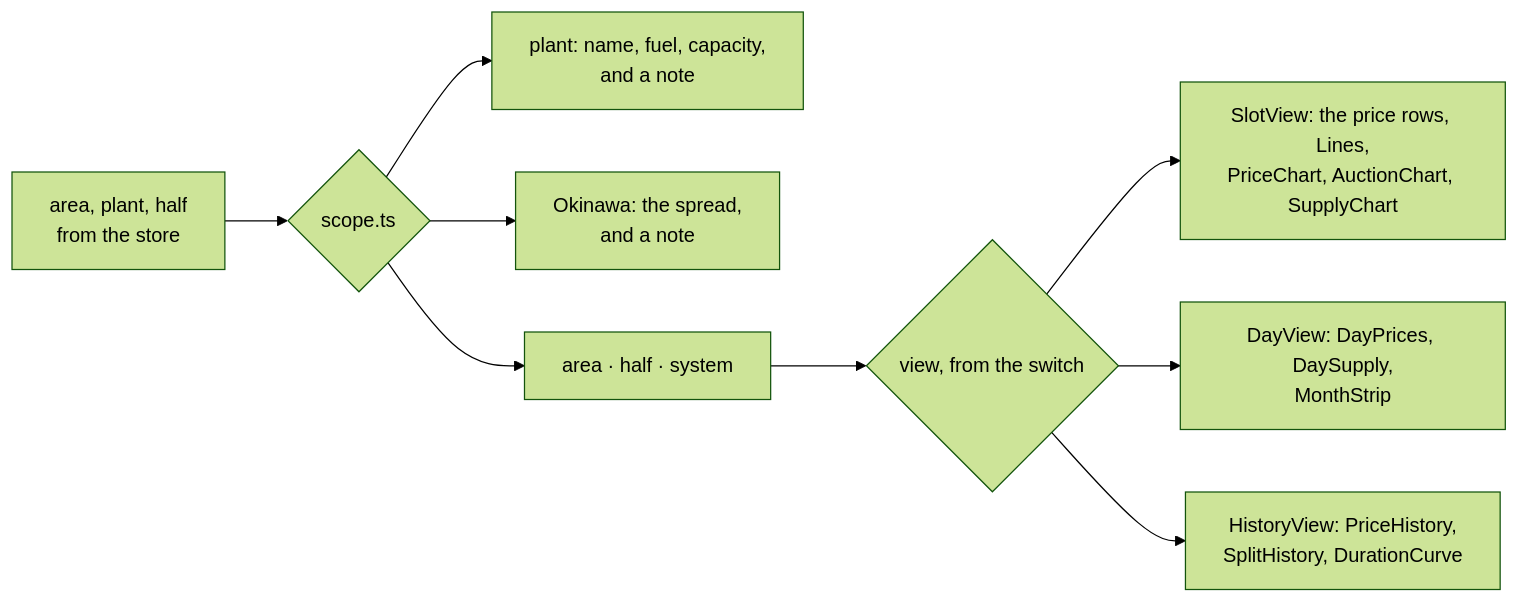
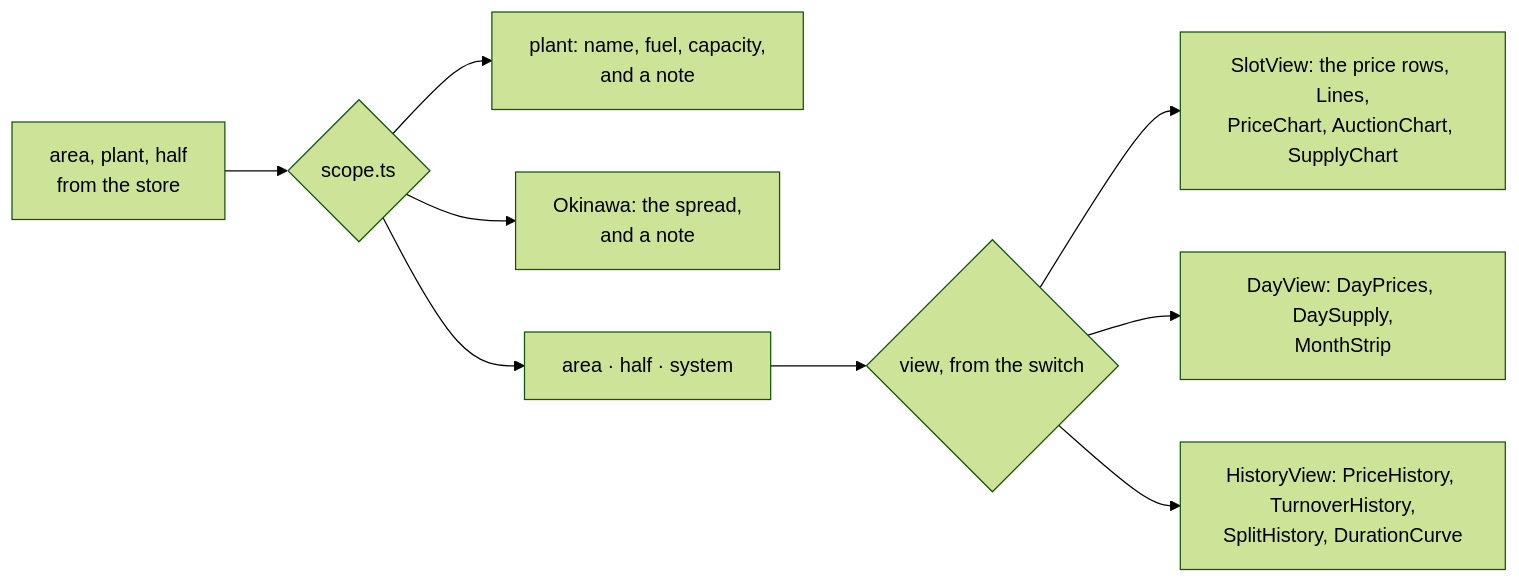
Before and after one commit to vlumi/fiftysixty: the fourth of 4 diagrams in ARCHITECTURE.md, drawn with Mermaid (forest theme). The commit also changed other lines of this file and 13 other files, not shown here.

Commit message:
The turnover over time: a column a day under the price history, a slider over the days like the heatmap above it

````diff
--- a/ARCHITECTURE.md
+++ b/ARCHITECTURE.md
@@ -211,11 +211,11 @@
 ```mermaid
 flowchart LR
   choices["area, plant, half<br>from the store"] --> scope{"scope.ts"}
   scope --> plant["plant: name, fuel, capacity,<br>and a note"]
   scope --> okinawa["Okinawa: the spread,<br>and a note"]
   scope --> priced["area · half · system"]
   priced --> view{"view, from the switch"}
   view --> slot["SlotView: the price rows, Lines,<br>PriceChart, AuctionChart, SupplyChart"]
   view --> day["DayView: DayPrices, DaySupply,<br>MonthStrip"]
-  view --> history["HistoryView: PriceHistory,<br>SplitHistory, DurationCurve"]
+  view --> history["HistoryView: PriceHistory, TurnoverHistory,<br>SplitHistory, DurationCurve"]
 ```
````
